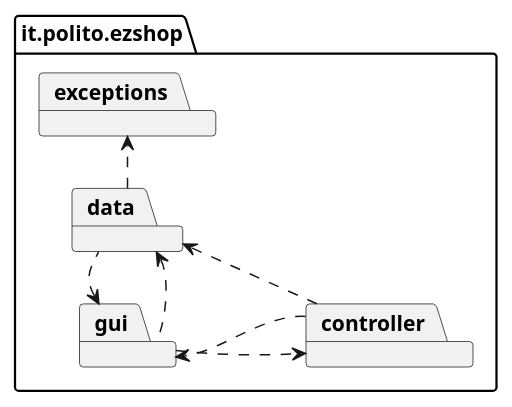
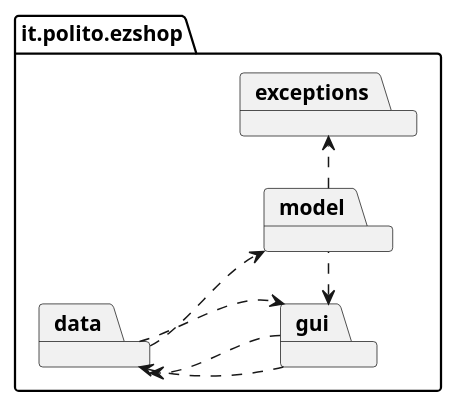
One commit to marco-ballario/EzShop changed the first of 4 diagrams in Deliverables/DesignDocument.md. Above: the diagram before and after it, drawn with PlantUML. The commit also changed other lines of this file, not shown here.

Commit message:
fix: high level packge diagram

````diff
--- a/Deliverables/DesignDocument.md
+++ b/Deliverables/DesignDocument.md
@@ -28,19 +28,18 @@
 ```plantuml
 @startuml
 package "it.polito.ezshop" {
   left to right direction
   package gui
+  package model
   package data
-
-  package controller
   package exceptions
 }
 
-data .r.> exceptions
-controller ..> data
+model .r.> exceptions
+data ..> model
 gui .l.> data
-data .l.> gui
-gui ..> controller
-controller ..>gui
+model .l.> gui
+gui ..> data
+data ..> gui
 @enduml
 ```
````
